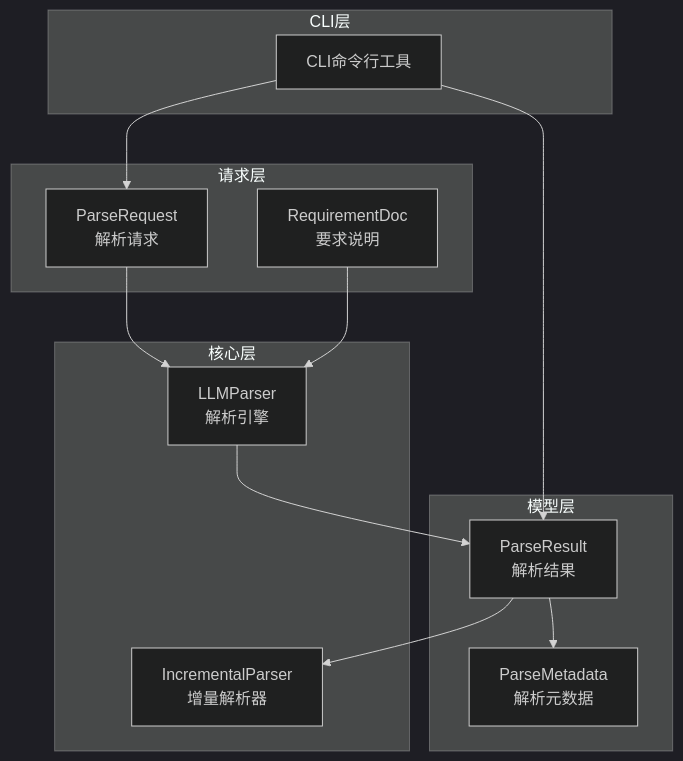
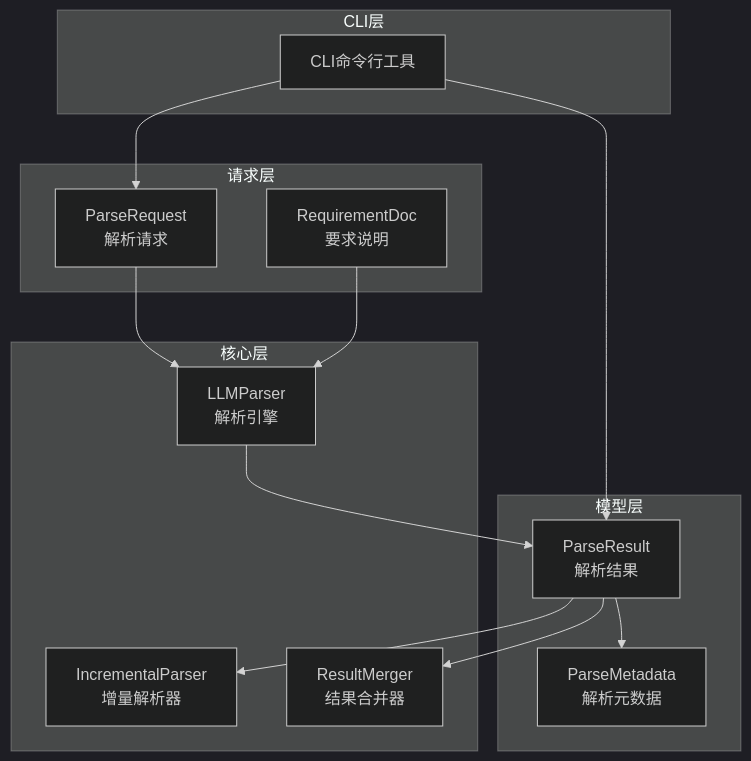
One commit to wowzhangji/doc_ai_parser changed the first of 8 diagrams in .qoder/repowiki/zh/content/数据模型设计/结果模型.md. Above: the diagram before and after it, drawn with Mermaid (dark theme). The commit also changed other lines of this file and 25 other files, not shown here.

````diff
--- a/.qoder/repowiki/zh/content/数据模型设计/结果模型.md
+++ b/.qoder/repowiki/zh/content/数据模型设计/结果模型.md
@@ -34,25 +43,27 @@
 ```mermaid
 graph TB
 subgraph "模型层"
 PR["ParseResult<br/>解析结果"]
 PM["ParseMetadata<br/>解析元数据"]
 end
 subgraph "核心层"
 LP["LLMParser<br/>解析引擎"]
 IP["IncrementalParser<br/>增量解析器"]
+RM["ResultMerger<br/>结果合并器"]
 end
 subgraph "请求层"
 REQ["ParseRequest<br/>解析请求"]
 RD["RequirementDoc<br/>要求说明"]
 end
 subgraph "CLI层"
 CLI["CLI命令行工具"]
 end
 REQ --> LP
 RD --> LP
 LP --> PR
 PR --> PM
 PR --> IP
+PR --> RM
 CLI --> REQ
 CLI --> PR
 ```
````
